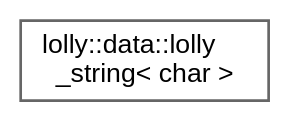
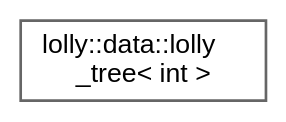
Before and after one commit to XmacsLabs/lolly: the diagram in inherit_graph_33.dot, drawn with Graphviz. The commit also changed 922 other files, not shown here.

```diff
--- a/inherit_graph_33.dot
+++ b/inherit_graph_33.dot
@@ -1,9 +1,9 @@
 digraph "Graphical Class Hierarchy"
 {
  // LATEX_PDF_SIZE
   bgcolor="transparent";
   edge [fontname=Helvetica,fontsize=10,labelfontname=Helvetica,labelfontsize=10];
   node [fontname=Helvetica,fontsize=10,shape=box,height=0.2,width=0.4];
   rankdir="LR";
-  Node0 [id="Node000000",label="lolly::data::lolly\l_string\< char \>",height=0.2,width=0.4,color="grey40", fillcolor="white", style="filled",URL="$classlolly_1_1data_1_1lolly__string.html",tooltip=" "];
+  Node0 [id="Node000000",label="lolly::data::lolly\l_tree\< int \>",height=0.2,width=0.4,color="grey40", fillcolor="white", style="filled",URL="$classlolly_1_1data_1_1lolly__tree.html",tooltip=" "];
 }
```
